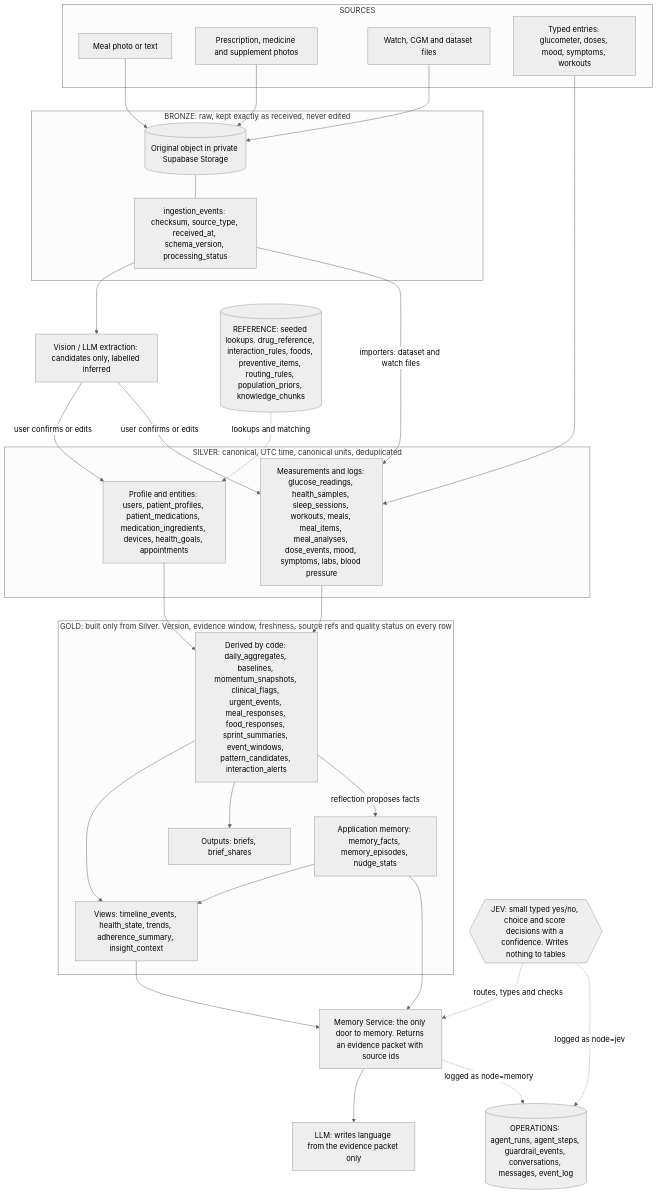
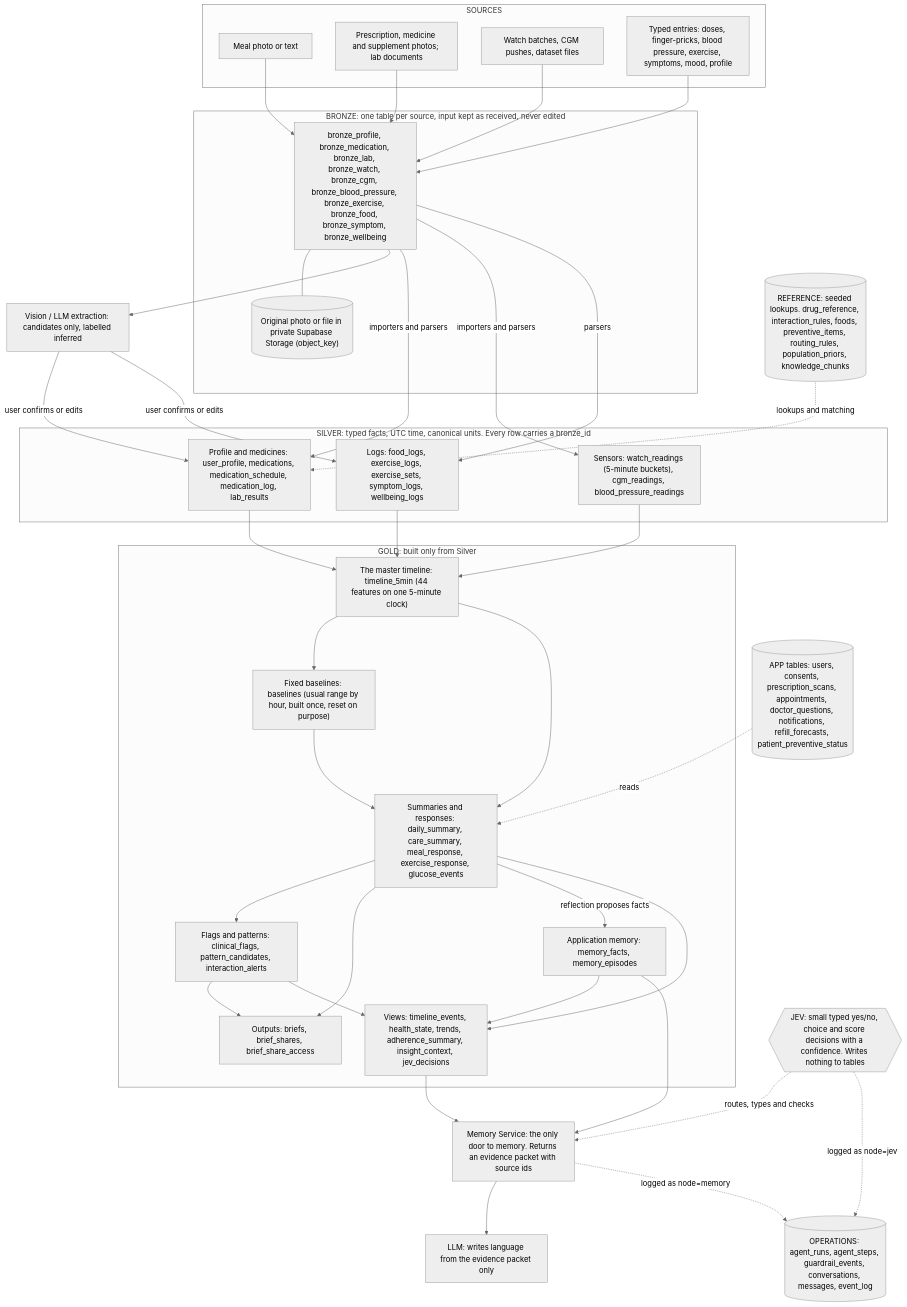
One commit to hongyeeet/smart-health changed the first of 3 diagrams in docs/specs/data-flow.md. Above: the diagram before and after it, drawn with Mermaid (neutral theme). The commit also changed other lines of this file and 18 other files, not shown here.

First line of the commit message:
docs: learning-loop spec, architecture diagram, reviewer sheet, scripts, env example

````diff
--- a/docs/specs/data-flow.md
+++ b/docs/specs/data-flow.md
@@ -11,58 +7,73 @@
 ```mermaid
 flowchart TB
   subgraph SRC["SOURCES"]
     S1["Meal photo or text"]
-    S2["Prescription, medicine and supplement photos"]
-    S3["Watch, CGM and dataset files"]
-    S4["Typed entries: glucometer, doses, mood, symptoms, workouts"]
+    S2["Prescription, medicine and supplement photos; lab documents"]
+    S3["Watch batches, CGM pushes, dataset files"]
+    S4["Typed entries: doses, finger-pricks, blood pressure, exercise, symptoms, mood, profile"]
   end
 
-  subgraph BRZ["BRONZE: raw, kept exactly as received, never edited"]
-    B1[("Original object in private Supabase Storage")]
-    B2["ingestion_events: checksum, source_type, received_at, schema_version, processing_status"]
+  subgraph BRZ["BRONZE: one table per source, input kept as received, never edited"]
+    B1["bronze_profile, bronze_medication, bronze_lab, bronze_watch, bronze_cgm, bronze_blood_pressure, bronze_exercise, bronze_food, bronze_symptom, bronze_wellbeing"]
+    B2[("Original photo or file in private Supabase Storage (object_key)")]
   end
 
   AI["Vision / LLM extraction: candidates only, labelled inferred"]
 
-  subgraph SLV["SILVER: canonical, UTC time, canonical units, deduplicated"]
-    V1["Profile and entities: users, patient_profiles, patient_medications, medication_ingredients, devices, health_goals, appointments"]
-    V2["Measurements and logs: glucose_readings, health_samples, sleep_sessions, workouts, meals, meal_items, meal_analyses, dose_events, mood, symptoms, labs, blood pressure"]
+  subgraph SLV["SILVER: typed facts, UTC time, canonical units. Every row carries a bronze_id"]
+    V1["Profile and medicines: user_profile, medications, medication_schedule, medication_log, lab_results"]
+    V2["Sensors: watch_readings (5-minute buckets), cgm_readings, blood_pressure_readings"]
+    V3["Logs: food_logs, exercise_logs, exercise_sets, symptom_logs, wellbeing_logs"]
   end
 
+  APP[("APP tables: users, consents, prescription_scans, appointments, doctor_questions, notifications, refill_forecasts, patient_preventive_status")]
   REF[("REFERENCE: seeded lookups. drug_reference, interaction_rules, foods, preventive_items, routing_rules, population_priors, knowledge_chunks")]
 
-  subgraph GLD["GOLD: built only from Silver. Version, evidence window, freshness, source refs and quality status on every row"]
-    G1["Derived by code: daily_aggregates, baselines, momentum_snapshots, clinical_flags, urgent_events, meal_responses, food_responses, sprint_summaries, event_windows, pattern_candidates, interaction_alerts"]
-    G2["Application memory: memory_facts, memory_episodes, nudge_stats"]
-    G3["Outputs: briefs, brief_shares"]
-    G4["Views: timeline_events, health_state, trends, adherence_summary, insight_context"]
+  subgraph GLD["GOLD: built only from Silver"]
+    G1["The master timeline: timeline_5min (44 features on one 5-minute clock)"]
+    G2["Fixed baselines: baselines (usual range by hour, built once, reset on purpose)"]
+    G3["Summaries and responses: daily_summary, care_summary, meal_response, exercise_response, glucose_events"]
+    G4["Flags and patterns: clinical_flags, pattern_candidates, interaction_alerts"]
+    G5["Application memory: memory_facts, memory_episodes"]
+    G6["Outputs: briefs, brief_shares, brief_share_access"]
+    G7["Views: timeline_events, health_state, trends, adherence_summary, insight_context, jev_decisions"]
   end
 
   MS["Memory Service: the only door to memory. Returns an evidence packet with source ids"]
   JEV{{"JEV: small typed yes/no, choice and score decisions with a confidence. Writes nothing to tables"}}
   LLM["LLM: writes language from the evidence packet only"]
   OPS[("OPERATIONS: agent_runs, agent_steps, guardrail_events, conversations, messages, event_log")]
 
   S1 --> B1
   S2 --> B1
   S3 --> B1
+  S4 --> B1
   B1 --- B2
-  S4 --> V2
-  B2 --> AI
+  B1 --> AI
   AI -->|"user confirms or edits"| V1
-  AI -->|"user confirms or edits"| V2
-  B2 -->|"importers: dataset and watch files"| V2
+  AI -->|"user confirms or edits"| V3
+  B1 -->|"importers and parsers"| V1
+  B1 -->|"importers and parsers"| V2
+  B1 -->|"parsers"| V3
   REF -.->|"lookups and matching"| V1
   V1 --> G1
   V2 --> G1
-  G1 --> G4
+  V3 --> G1
+  G1 --> G2
   G1 --> G3
-  G1 -->|"reflection proposes facts"| G2
-  G2 --> G4
-  G4 --> MS
-  G2 --> MS
+  G2 --> G3
+  G3 --> G4
+  APP -.->|"reads"| G3
+  G3 --> G6
+  G4 --> G6
+  G3 -->|"reflection proposes facts"| G5
+  G3 --> G7
+  G4 --> G7
+  G5 --> G7
+  G7 --> MS
+  G5 --> MS
   JEV -.->|"routes, types and checks"| MS
   MS --> LLM
   JEV -.->|"logged as node=jev"| OPS
   MS -.->|"logged as node=memory"| OPS
 ```
````
